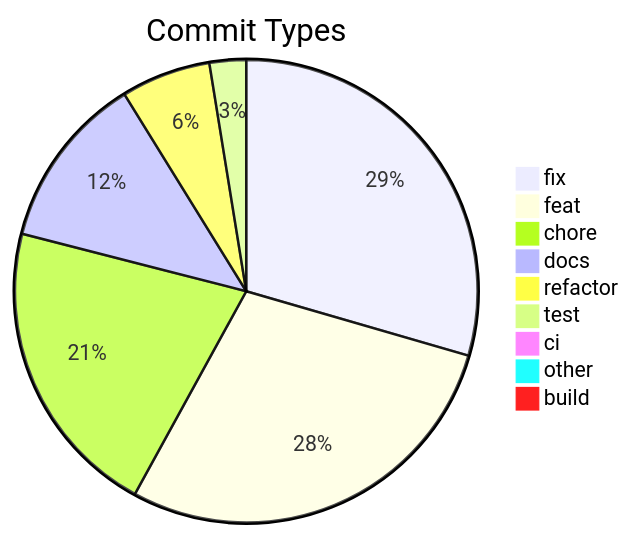
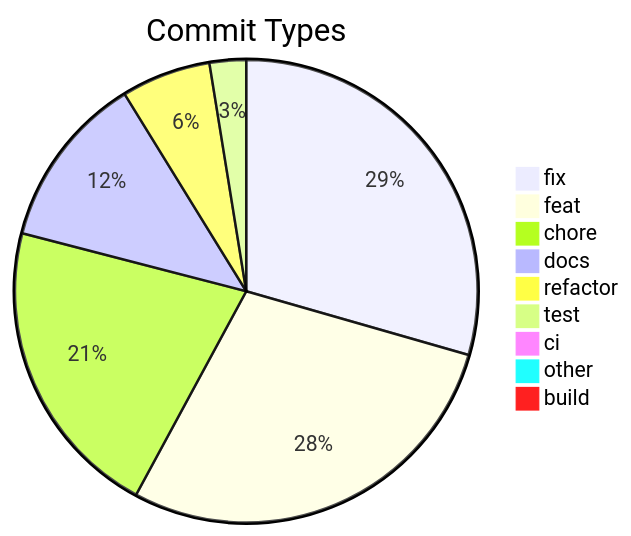
Before and after one commit to svenroth-ai/shipwright: the diagram in .shipwright/compliance/change-history.md, drawn with Mermaid. The commit also changed other lines of this file and 5 other files, not shown here.

````diff
--- a/.shipwright/compliance/change-history.md
+++ b/.shipwright/compliance/change-history.md
@@ -10,12 +10,12 @@
 ```mermaid
 pie title Commit Types
     "fix" : 358
     "feat" : 346
-    "chore" : 255
+    "chore" : 257
     "docs" : 148
     "refactor" : 76
     "test" : 31
     "ci" : 11
     "other" : 9
     "build" : 1
 ```
````
